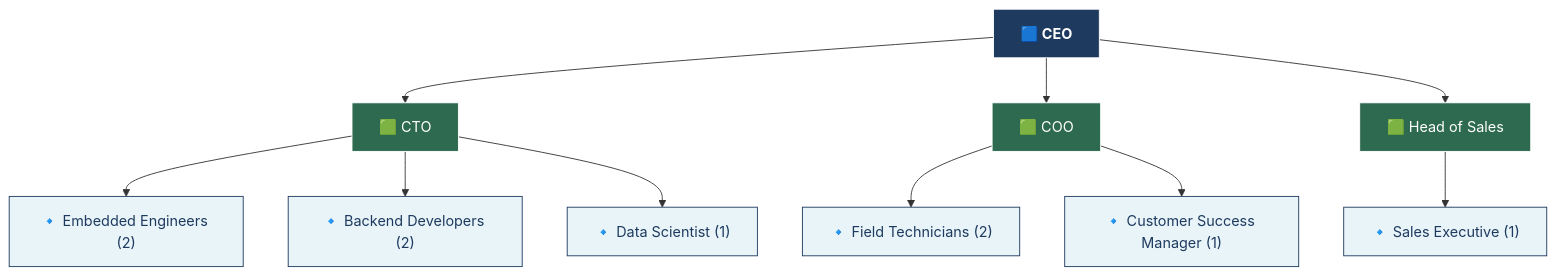
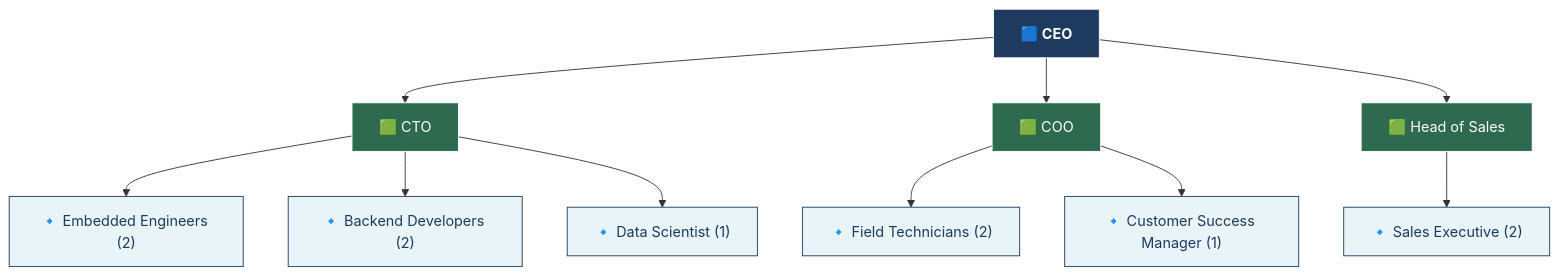
Before and after one commit to nathanbaudelin/SenSight_Bin: the second of 3 diagrams in frontend/public/org-charts.md, drawn with Mermaid. The commit also changed other lines of this file, not shown here.

Commit message:
fix(doc): docs chart

````diff
--- a/frontend/public/org-charts.md
+++ b/frontend/public/org-charts.md
@@ -40,34 +40,34 @@
 ```mermaid
 graph TD
     CEO["🟦 CEO"]
     CTO["🟩 CTO"]
     COO["🟩 COO"]
     HOS["🟩 Head of Sales"]
     EE2["🔹 Embedded Engineers (2)"]
     BD2["🔹 Backend Developers (2)"]
     DS1["🔹 Data Scientist (1)"]
     FT2["🔹 Field Technicians (2)"]
     CSM1["🔹 Customer Success Manager (1)"]
-    SE1["🔹 Sales Executive (1)"]
+    SE1["🔹 Sales Executive (2)"]
 
     CEO --> CTO
     CEO --> COO
     CEO --> HOS
     CTO --> EE2
     CTO --> BD2
     CTO --> DS1
     COO --> FT2
     COO --> CSM1
     HOS --> SE1
 
     style CEO fill:#1e3a5f,stroke:#fff,color:#fff,font-weight:bold
     style CTO fill:#2d6a4f,stroke:#fff,color:#fff
     style COO fill:#2d6a4f,stroke:#fff,color:#fff
     style HOS fill:#2d6a4f,stroke:#fff,color:#fff
     style EE2 fill:#e8f4f8,stroke:#1e3a5f,color:#1e3a5f
     style BD2 fill:#e8f4f8,stroke:#1e3a5f,color:#1e3a5f
     style DS1 fill:#e8f4f8,stroke:#1e3a5f,color:#1e3a5f
     style FT2 fill:#e8f4f8,stroke:#1e3a5f,color:#1e3a5f
     style CSM1 fill:#e8f4f8,stroke:#1e3a5f,color:#1e3a5f
     style SE1 fill:#e8f4f8,stroke:#1e3a5f,color:#1e3a5f
 ```
````
